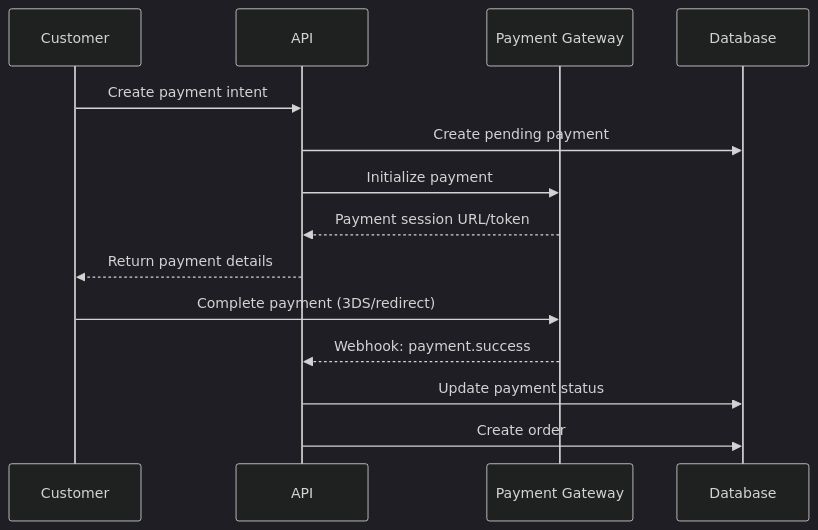
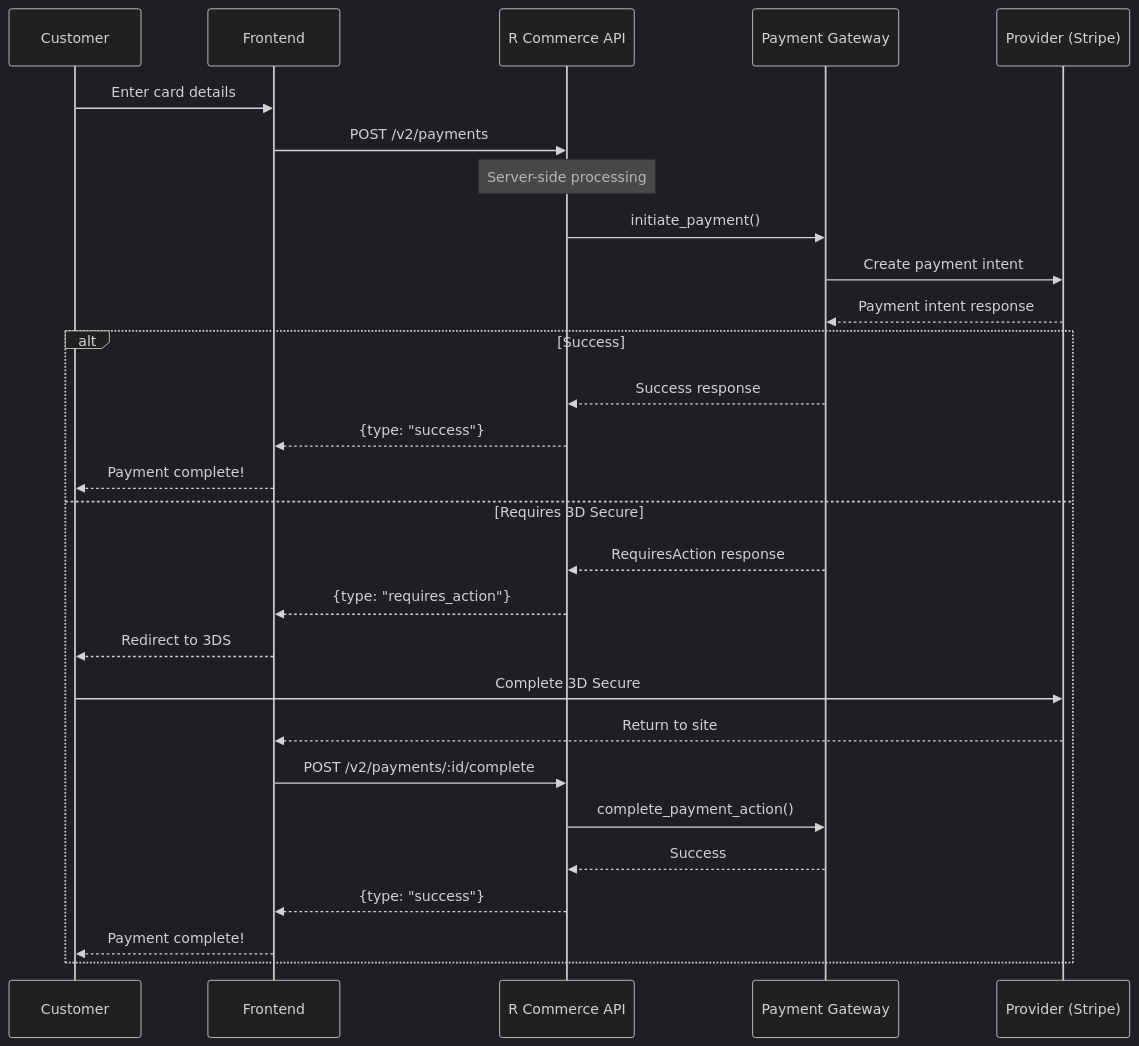
Before and after one commit to creativebastard/rcommerce: the diagram in docs-website/docs/payment-gateways/index.md, drawn with Mermaid (dark theme). The commit also changed other lines of this file and 8 other files, not shown here.

First line of the commit message:
docs: update all payment documentation for provider-agnostic system

````diff
--- a/docs-website/docs/payment-gateways/index.md
+++ b/docs-website/docs/payment-gateways/index.md
@@ -66,17 +98,32 @@
 ```mermaid
 sequenceDiagram
     participant C as Customer
-    participant A as API
+    participant F as Frontend
+    participant A as R Commerce API
     participant PG as Payment Gateway
-    participant DB as Database
+    participant P as Provider (Stripe)
     
-    C->>A: Create payment intent
-    A->>DB: Create pending payment
-    A->>PG: Initialize payment
-    PG-->>A: Payment session URL/token
-    A-->>C: Return payment details
-    C->>PG: Complete payment (3DS/redirect)
-    PG-->>A: Webhook: payment.success
-    A->>DB: Update payment status
-    A->>DB: Create order
+    C->>F: Enter card details
+    F->>A: POST /v2/payments
+    Note over A: Server-side processing
+    A->>PG: initiate_payment()
+    PG->>P: Create payment intent
+    P-->>PG: Payment intent response
+    
+    alt Success
+        PG-->>A: Success response
+        A-->>F: {type: "success"}
+        F-->>C: Payment complete!
+    else Requires 3D Secure
+        PG-->>A: RequiresAction response
+        A-->>F: {type: "requires_action"}
+        F-->>C: Redirect to 3DS
+        C->>P: Complete 3D Secure
+        P-->>F: Return to site
+        F->>A: POST /v2/payments/:id/complete
+        A->>PG: complete_payment_action()
+        PG-->>A: Success
+        A-->>F: {type: "success"}
+        F-->>C: Payment complete!
+    end
 ```
````
